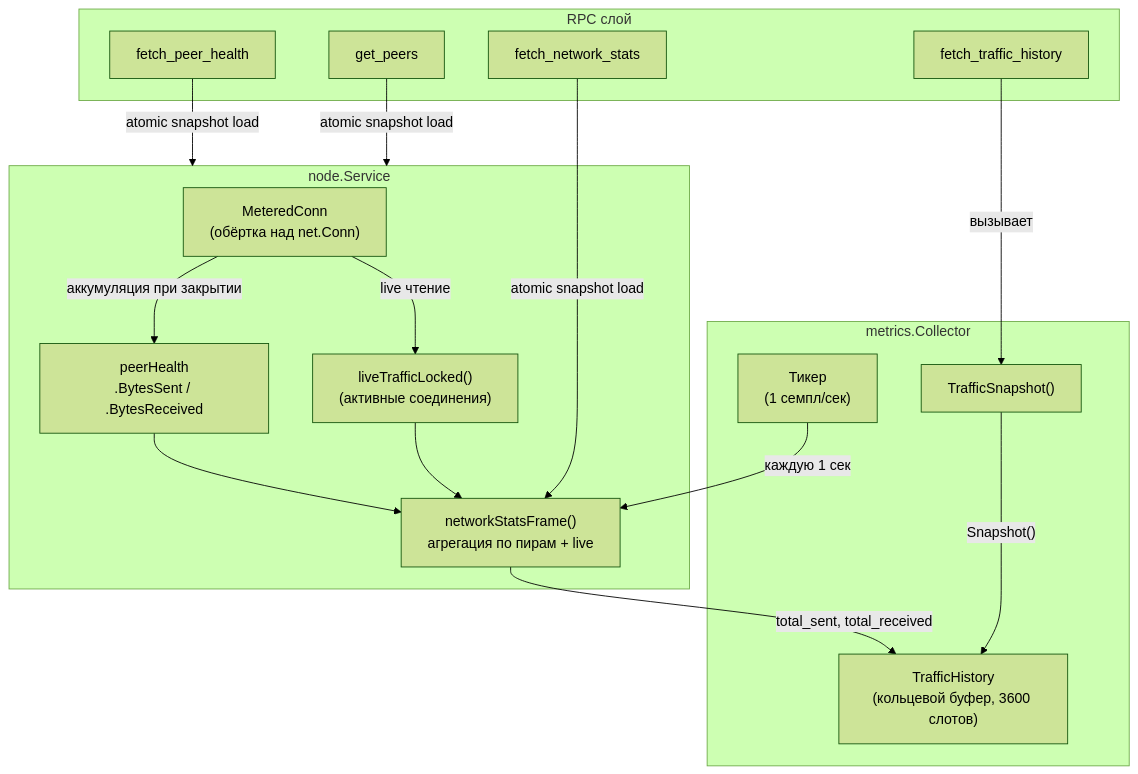
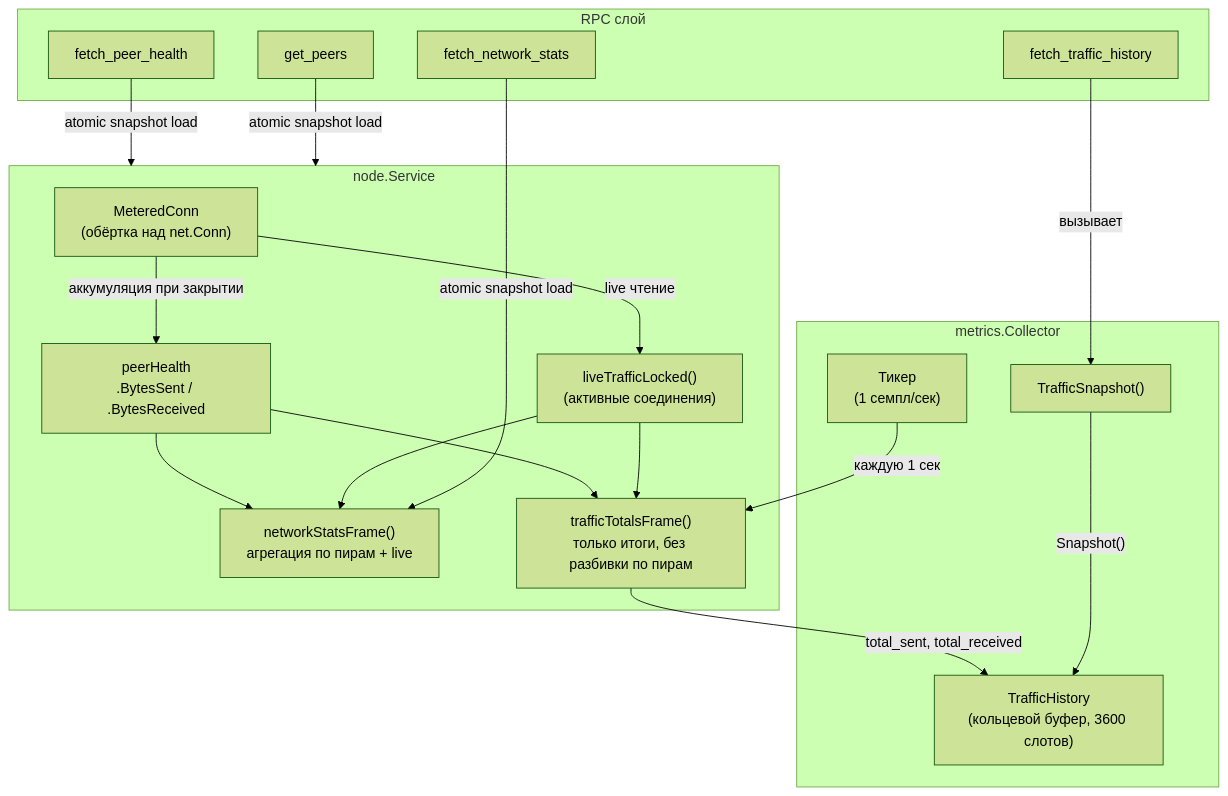
One commit to piratecash/corsa changed the second of 2 diagrams in docs/metrics.md. Above: the diagram before and after it, drawn with Mermaid (forest theme). The commit also changed other lines of this file and 6 other files, not shown here.

````diff
--- a/docs/metrics.md
+++ b/docs/metrics.md
@@ -113,34 +116,37 @@
 ```mermaid
 graph TB
     subgraph Node["node.Service"]
         MC["MeteredConn<br/>(обёртка над net.Conn)"]
         PH["peerHealth<br/>.BytesSent / .BytesReceived"]
         LT["liveTrafficLocked()<br/>(активные соединения)"]
         NSF["networkStatsFrame()<br/>агрегация по пирам + live"]
+        TTF["trafficTotalsFrame()<br/>только итоги, без разбивки по пирам"]
         MC -->|"аккумуляция при закрытии"| PH
         MC -->|"live чтение"| LT
         PH --> NSF
         LT --> NSF
+        PH --> TTF
+        LT --> TTF
     end
 
     subgraph Metrics["metrics.Collector"]
         TH["TrafficHistory<br/>(кольцевой буфер, 3600 слотов)"]
         TICK["Тикер<br/>(1 семпл/сек)"]
         SNAP["TrafficSnapshot()"]
     end
 
     subgraph RPC["RPC слой"]
         CMD["fetch_traffic_history"]
         CMD_NS["fetch_network_stats"]
         CMD_PH["fetch_peer_health"]
         CMD_GP["get_peers"]
     end
 
-    TICK -->|"каждую 1 сек"| NSF
-    NSF -->|"total_sent, total_received"| TH
+    TICK -->|"каждую 1 сек"| TTF
+    TTF -->|"total_sent, total_received"| TH
     SNAP -->|"Snapshot()"| TH
     CMD -->|"вызывает"| SNAP
     CMD_NS -->|"atomic snapshot load"| NSF
     CMD_PH -->|"atomic snapshot load"| Node
     CMD_GP -->|"atomic snapshot load"| Node
 ```
````
